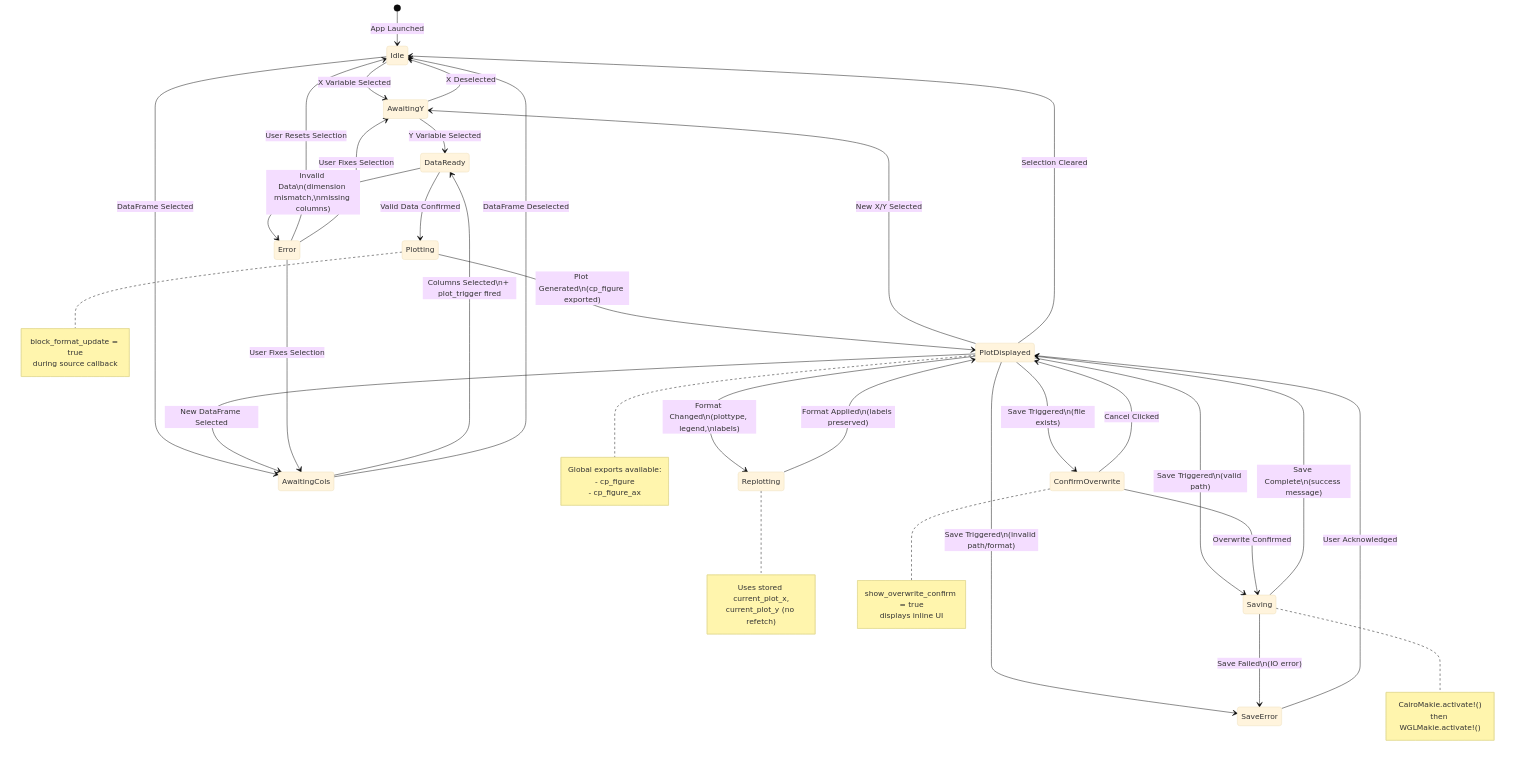
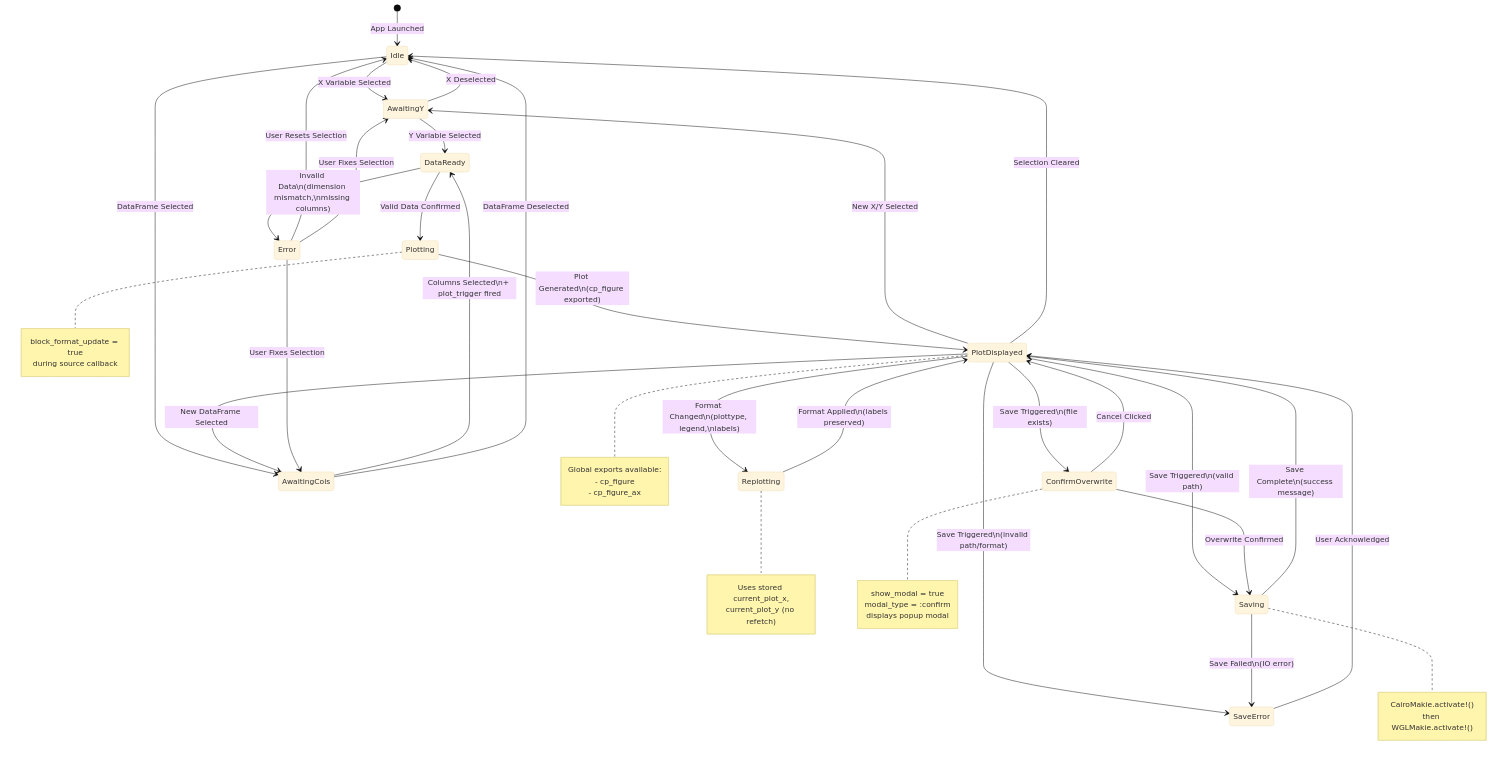
One commit to Eben60/CasualPlots.jl changed the diagram in AGENTS_more_info/Mermaid/state_transition_map.md. Above: the diagram before and after it, drawn with Mermaid (base theme). The commit also changed 12 other files, not shown here.

````diff
--- a/AGENTS_more_info/Mermaid/state_transition_map.md
+++ b/AGENTS_more_info/Mermaid/state_transition_map.md
@@ -5,69 +5,70 @@
 ```mermaid
 stateDiagram-v2
     [*] --> Idle: App Launched
     
     Idle --> AwaitingY: X Variable Selected
     Idle --> AwaitingCols: DataFrame Selected
     
     AwaitingY --> DataReady: Y Variable Selected
     AwaitingY --> Idle: X Deselected
     
     AwaitingCols --> DataReady: Columns Selected\n+ plot_trigger fired
     AwaitingCols --> Idle: DataFrame Deselected
     
     DataReady --> Plotting: Valid Data Confirmed
     DataReady --> Error: Invalid Data\n(dimension mismatch,\nmissing columns)
     
     Plotting --> PlotDisplayed: Plot Generated\n(cp_figure exported)
     
     PlotDisplayed --> Replotting: Format Changed\n(plottype, legend,\nlabels)
     
     Replotting --> PlotDisplayed: Format Applied\n(labels preserved)
     
     PlotDisplayed --> AwaitingY: New X/Y Selected
     PlotDisplayed --> AwaitingCols: New DataFrame Selected
     PlotDisplayed --> Idle: Selection Cleared
     
     %% Save Flow
     PlotDisplayed --> Saving: Save Triggered\n(valid path)
     PlotDisplayed --> SaveError: Save Triggered\n(invalid path/format)
     PlotDisplayed --> ConfirmOverwrite: Save Triggered\n(file exists)
     
     ConfirmOverwrite --> Saving: Overwrite Confirmed
     ConfirmOverwrite --> PlotDisplayed: Cancel Clicked
     
     Saving --> PlotDisplayed: Save Complete\n(success message)
     Saving --> SaveError: Save Failed\n(IO error)
     
     SaveError --> PlotDisplayed: User Acknowledged
     
     Error --> Idle: User Resets Selection
     Error --> AwaitingY: User Fixes Selection
     Error --> AwaitingCols: User Fixes Selection
     
     note right of Plotting
         block_format_update = true
         during source callback
     end note
     
     note right of Replotting
         Uses stored current_plot_x,
         current_plot_y (no refetch)
     end note
     
     note right of PlotDisplayed
         Global exports available:
         - cp_figure
         - cp_figure_ax
     end note
     
     note right of Saving
         CairoMakie.activate!()
         then WGLMakie.activate!()
     end note
     
     note right of ConfirmOverwrite
-        show_overwrite_confirm = true
-        displays inline UI
+        show_modal = true
+        modal_type = :confirm
+        displays popup modal
     end note
 ```
````
